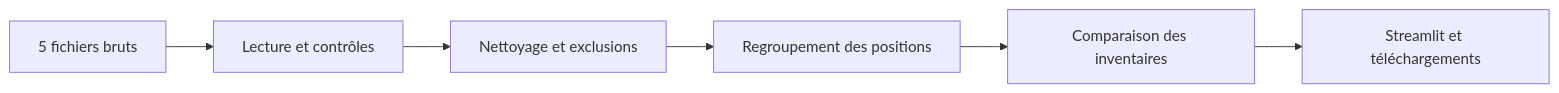
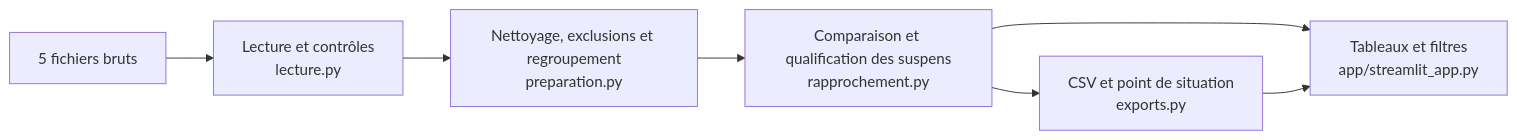
One commit to ISMMO0/saify-test changed the first of 2 diagrams in README.md. Above: the diagram before and after it, drawn with Mermaid. The commit also changed other lines of this file and 2 other files, not shown here.

Commit message:
docs: finaliser les architectures et la configuration sans secret

````diff
--- a/README.md
+++ b/README.md
@@ -38,8 +38,9 @@
 ```mermaid
 flowchart LR
-    A[5 fichiers bruts] --> B[Lecture et contrôles]
-    B --> C[Nettoyage et exclusions]
-    C --> D[Regroupement des positions]
-    D --> E[Comparaison des inventaires]
-    E --> F[Streamlit et téléchargements]
+    A["5 fichiers bruts"] --> B["Lecture et contrôles<br/>lecture.py"]
+    B --> C["Nettoyage, exclusions et regroupement<br/>preparation.py"]
+    C --> D["Comparaison et qualification des suspens<br/>rapprochement.py"]
+    D --> E["Tableaux et filtres<br/>app/streamlit_app.py"]
+    D --> F["CSV et point de situation<br/>exports.py"]
+    F --> E
 ```
````
